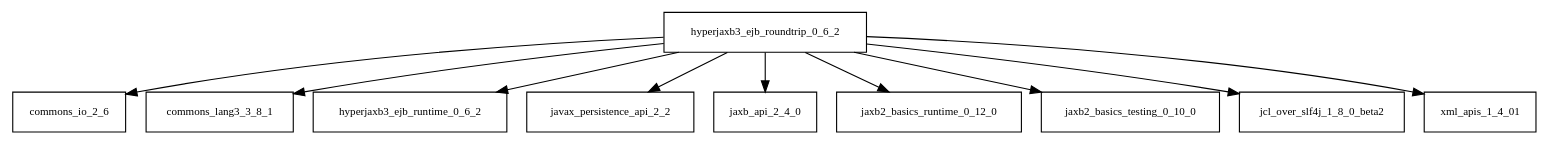
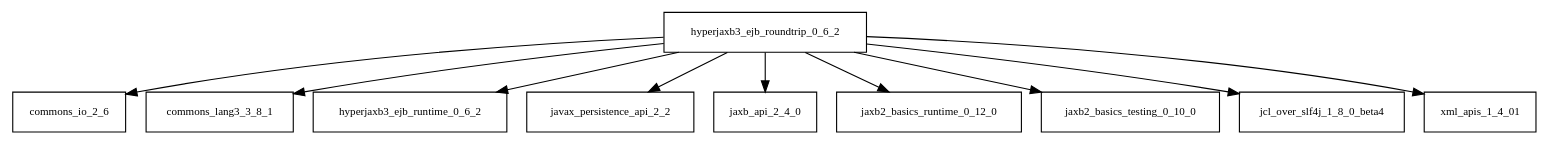
The diagram in tattleTaleReport/graphviz/hyperjaxb3-ejb-roundtrip-0.6.2.jar/hyperjaxb3-ejb-roundtrip-0.6.2.jar.dot (Hack23/cia), drawn with Graphviz before and after one commit. The commit also changed 2261 other files, not shown here.

```diff
--- a/tattleTaleReport/graphviz/hyperjaxb3-ejb-roundtrip-0.6.2.jar/hyperjaxb3-ejb-roundtrip-0.6.2.jar.dot
+++ b/tattleTaleReport/graphviz/hyperjaxb3-ejb-roundtrip-0.6.2.jar/hyperjaxb3-ejb-roundtrip-0.6.2.jar.dot
@@ -1,12 +1,12 @@
 digraph hyperjaxb3_ejb_roundtrip_0_6_2_dependencies {
   node [shape = box, fontsize=10.0];
   hyperjaxb3_ejb_roundtrip_0_6_2 -> commons_io_2_6;
   hyperjaxb3_ejb_roundtrip_0_6_2 -> commons_lang3_3_8_1;
   hyperjaxb3_ejb_roundtrip_0_6_2 -> hyperjaxb3_ejb_runtime_0_6_2;
   hyperjaxb3_ejb_roundtrip_0_6_2 -> javax_persistence_api_2_2;
   hyperjaxb3_ejb_roundtrip_0_6_2 -> jaxb_api_2_4_0;
   hyperjaxb3_ejb_roundtrip_0_6_2 -> jaxb2_basics_runtime_0_12_0;
   hyperjaxb3_ejb_roundtrip_0_6_2 -> jaxb2_basics_testing_0_10_0;
-  hyperjaxb3_ejb_roundtrip_0_6_2 -> jcl_over_slf4j_1_8_0_beta2;
+  hyperjaxb3_ejb_roundtrip_0_6_2 -> jcl_over_slf4j_1_8_0_beta4;
   hyperjaxb3_ejb_roundtrip_0_6_2 -> xml_apis_1_4_01;
 }
```
